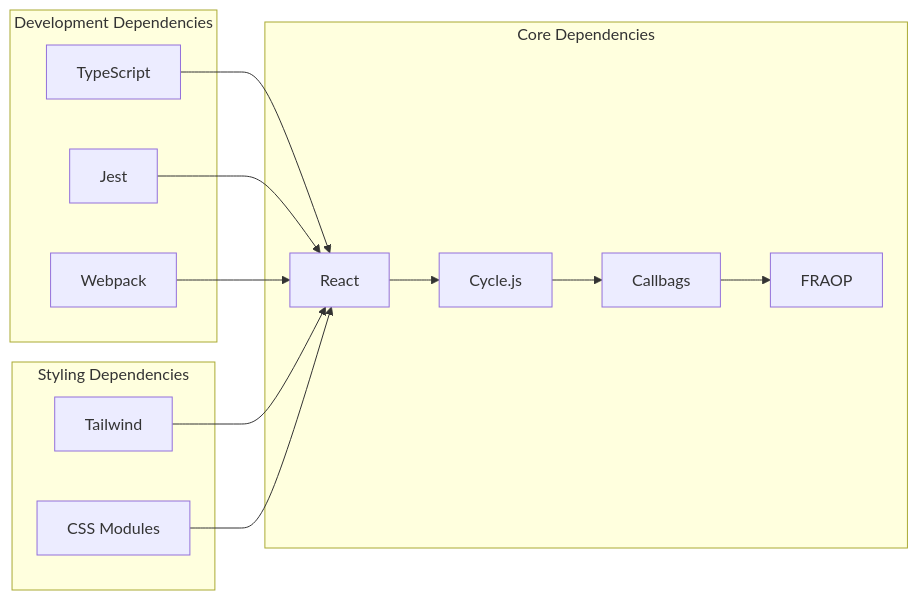
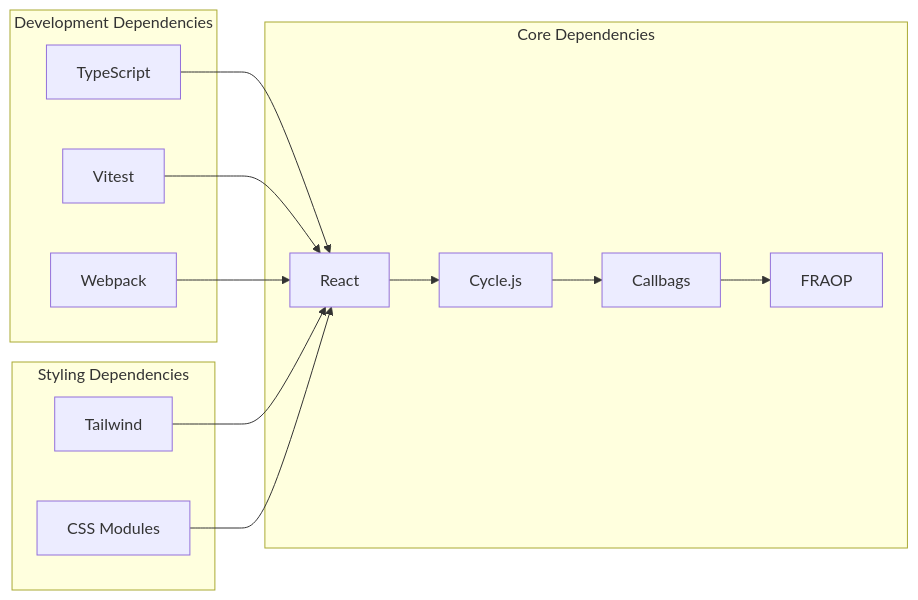
Before and after one commit to SpinbitZ/SpinbitZ: the third of 8 diagrams in site-rebuild/docs/tech-stack.md, drawn with Mermaid. The commit also changed other lines of this file and 12 other files, not shown here.

````diff
--- a/site-rebuild/docs/tech-stack.md
+++ b/site-rebuild/docs/tech-stack.md
@@ -70,19 +70,19 @@
 ```mermaid
 graph LR
     subgraph "Core Dependencies"
         A[React] --> B[Cycle.js]
         B --> C[Callbags]
         C --> D[FRAOP]
     end
     
     subgraph "Development Dependencies"
         E[TypeScript] --> A
-        F[Jest] --> A
+        F[Vitest] --> A
         G[Webpack] --> A
     end
     
     subgraph "Styling Dependencies"
         H[Tailwind] --> A
         I[CSS Modules] --> A
     end
 ```
````
